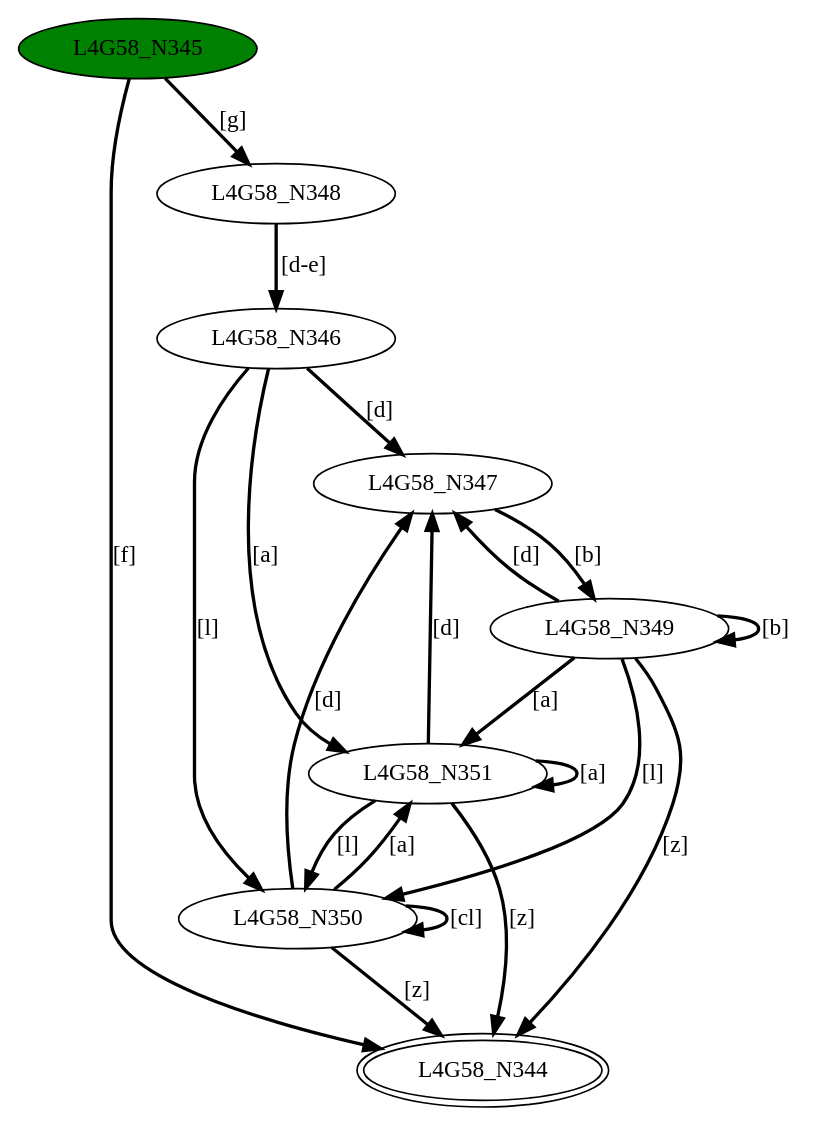
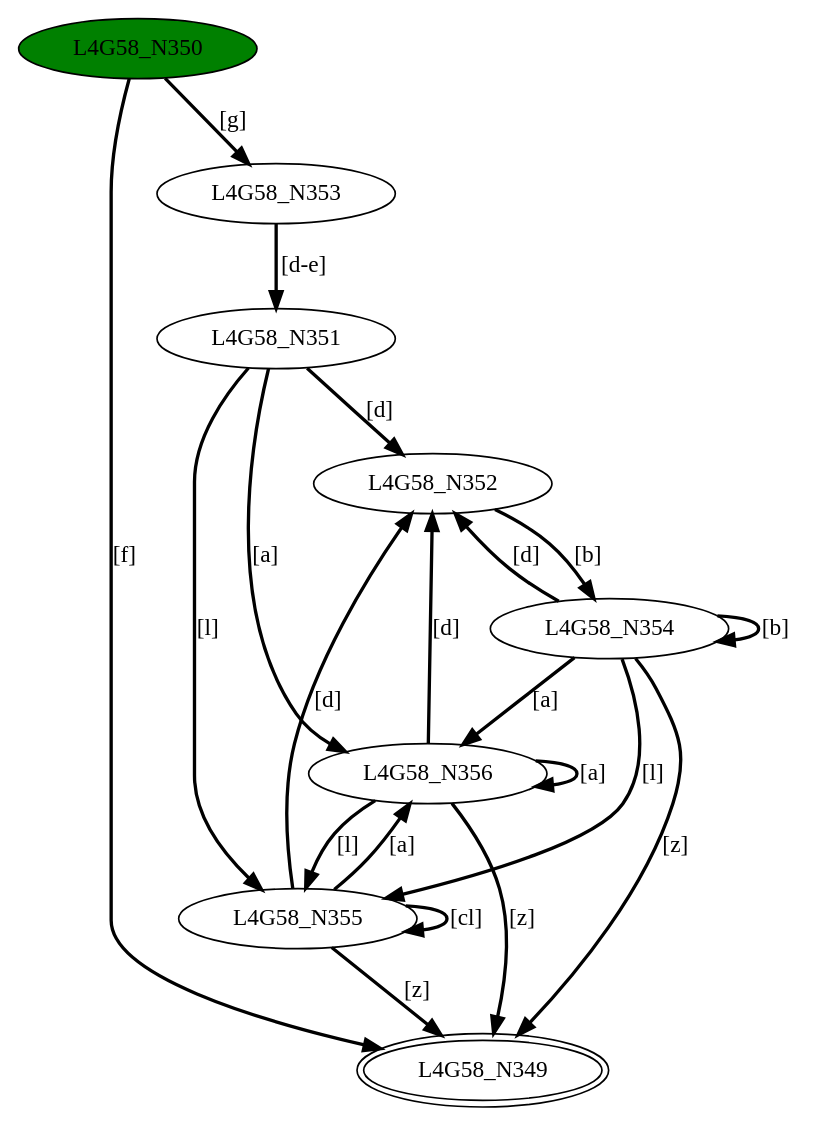
Before and after one commit to GDimitroulakos/EDUFLEX: the diagram in DFASimulator/Testbench/minimizedDFA4.dot, drawn with Graphviz. The commit also changed 56 other files, not shown here.

Commit message:
Thompson Reporting graphs have been enchanced with closure color indication

```diff
--- a/DFASimulator/Testbench/minimizedDFA4.dot
+++ b/DFASimulator/Testbench/minimizedDFA4.dot
@@ -1,30 +1,30 @@
 digraph G58{
-"L4G58_N344" [peripheries=2];
-"L4G58_N345" [style=filled,fillcolor=green];
-"L4G58_N346";
-"L4G58_N347";
-"L4G58_N348";
-"L4G58_N349";
-"L4G58_N350";
+"L4G58_N349" [peripheries=2];
+"L4G58_N350" [style=filled,fillcolor=green];
 "L4G58_N351";
-"L4G58_N345"->"L4G58_N344" [style = bold, label = "[f]"];
-"L4G58_N345"->"L4G58_N348" [style = bold, label = "[g]"];
-"L4G58_N346"->"L4G58_N347" [style = bold, label = "[d]"];
-"L4G58_N346"->"L4G58_N350" [style = bold, label = "[l]"];
-"L4G58_N346"->"L4G58_N351" [style = bold, label = "[a]"];
-"L4G58_N347"->"L4G58_N349" [style = bold, label = "[b]"];
-"L4G58_N348"->"L4G58_N346" [style = bold, label = "[d-e]"];
-"L4G58_N349"->"L4G58_N344" [style = bold, label = "[z]"];
-"L4G58_N349"->"L4G58_N347" [style = bold, label = "[d]"];
-"L4G58_N349"->"L4G58_N349" [style = bold, label = "[b]"];
-"L4G58_N349"->"L4G58_N350" [style = bold, label = "[l]"];
-"L4G58_N349"->"L4G58_N351" [style = bold, label = "[a]"];
-"L4G58_N350"->"L4G58_N344" [style = bold, label = "[z]"];
-"L4G58_N350"->"L4G58_N347" [style = bold, label = "[d]"];
-"L4G58_N350"->"L4G58_N350" [style = bold, label = "[cl]"];
-"L4G58_N350"->"L4G58_N351" [style = bold, label = "[a]"];
-"L4G58_N351"->"L4G58_N344" [style = bold, label = "[z]"];
-"L4G58_N351"->"L4G58_N347" [style = bold, label = "[d]"];
-"L4G58_N351"->"L4G58_N350" [style = bold, label = "[l]"];
-"L4G58_N351"->"L4G58_N351" [style = bold, label = "[a]"];
+"L4G58_N352";
+"L4G58_N353";
+"L4G58_N354";
+"L4G58_N355";
+"L4G58_N356";
+"L4G58_N350"->"L4G58_N349" [style = bold, label = "[f]"];
+"L4G58_N350"->"L4G58_N353" [style = bold, label = "[g]"];
+"L4G58_N351"->"L4G58_N352" [style = bold, label = "[d]"];
+"L4G58_N351"->"L4G58_N355" [style = bold, label = "[l]"];
+"L4G58_N351"->"L4G58_N356" [style = bold, label = "[a]"];
+"L4G58_N352"->"L4G58_N354" [style = bold, label = "[b]"];
+"L4G58_N353"->"L4G58_N351" [style = bold, label = "[d-e]"];
+"L4G58_N354"->"L4G58_N349" [style = bold, label = "[z]"];
+"L4G58_N354"->"L4G58_N352" [style = bold, label = "[d]"];
+"L4G58_N354"->"L4G58_N354" [style = bold, label = "[b]"];
+"L4G58_N354"->"L4G58_N355" [style = bold, label = "[l]"];
+"L4G58_N354"->"L4G58_N356" [style = bold, label = "[a]"];
+"L4G58_N355"->"L4G58_N349" [style = bold, label = "[z]"];
+"L4G58_N355"->"L4G58_N352" [style = bold, label = "[d]"];
+"L4G58_N355"->"L4G58_N355" [style = bold, label = "[cl]"];
+"L4G58_N355"->"L4G58_N356" [style = bold, label = "[a]"];
+"L4G58_N356"->"L4G58_N349" [style = bold, label = "[z]"];
+"L4G58_N356"->"L4G58_N352" [style = bold, label = "[d]"];
+"L4G58_N356"->"L4G58_N355" [style = bold, label = "[l]"];
+"L4G58_N356"->"L4G58_N356" [style = bold, label = "[a]"];
 }
```
